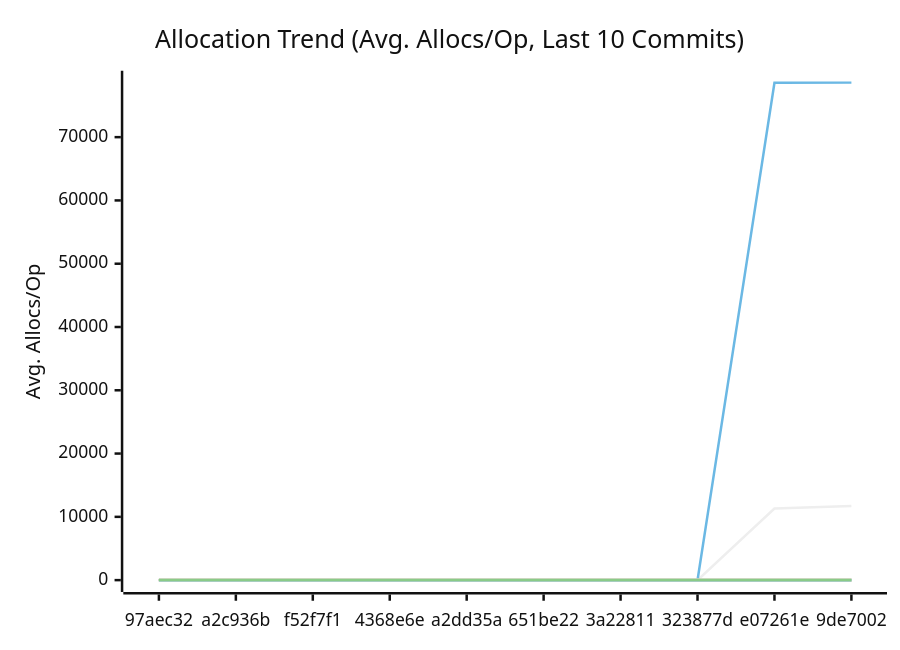
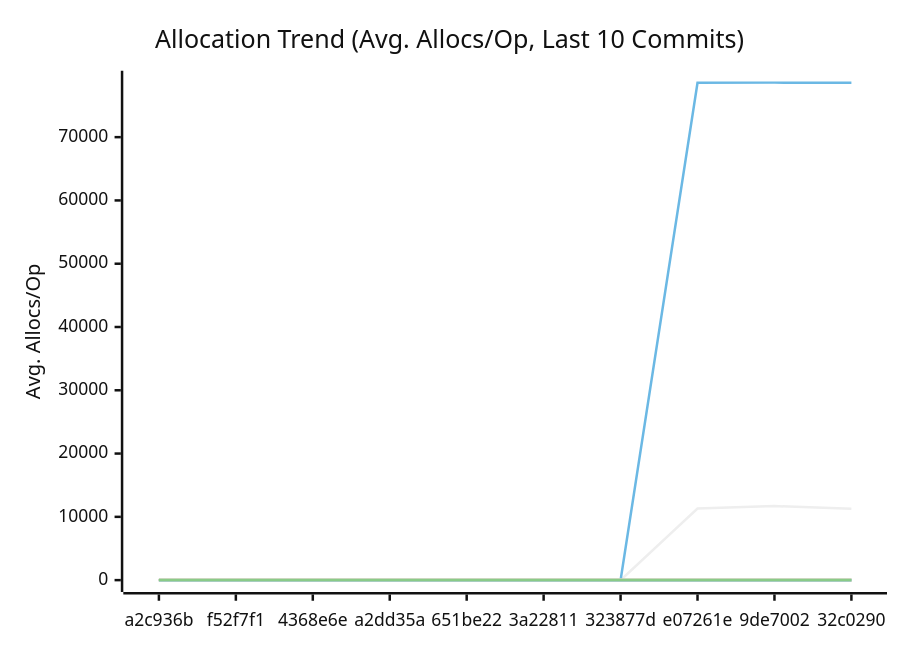
The third of 3 diagrams in docs/PERFORMANCE.md (alsotoes/momo), drawn with Mermaid (neutral theme) before and after one commit. The commit also changed other lines of this file and 10 other files, not shown here.

````diff
--- a/docs/PERFORMANCE.md
+++ b/docs/PERFORMANCE.md
@@ -197,20 +197,20 @@
 ```mermaid
 xychart-beta
     title "Allocation Trend (Avg. Allocs/Op, Last 10 Commits)"
     x-axis "Commit"
     y-axis "Avg. Allocs/Op"
-    x-axis [97aec32,a2c936b,f52f7f1,4368e6e,a2dd35a,651be22,3a22811,323877d,e07261e,9de7002]
-    line "AWSChunkedReaderSigned" [0,0,0,0,0,0,0,0,11316,11705]
-    line "AWSChunkedReaderUnsigned" [0,0,0,0,0,0,0,0,78590,78616]
+    x-axis [a2c936b,f52f7f1,4368e6e,a2dd35a,651be22,3a22811,323877d,e07261e,9de7002,32c0290]
+    line "AWSChunkedReaderSigned" [0,0,0,0,0,0,0,11316,11705,11290]
+    line "AWSChunkedReaderUnsigned" [0,0,0,0,0,0,0,78590,78616,78594]
     line "CheckMetricsAndSwap" [0,0,0,0,0,0,0,0,0,0]
     line "CrushOptimized" [0,0,0,0,0,0,0,0,0,0]
     line "CrushOriginal" [3,3,3,3,3,3,3,3,3,3]
     line "IndexDirectTracking" [0,0,0,0,0,0,0,0,0,0]
     line "IndexSearch" [0,0,0,0,0,0,0,0,0,0]
     line "LoadGlobalConfig" [46,46,46,46,46,46,46,46,46,46]
     line "PadString" [1,1,1,1,1,1,1,1,1,1]
     line "ParseReplicationOrder_NoPrealloc" [6,6,6,6,6,5,5,5,5,5]
     line "ParseReplicationOrder_Prealloc" [2,2,2,2,2,1,1,1,1,1]
     line "SanitizeLog/Safe" [0,0,0,0,0,0,0,0,0,0]
     line "SanitizeLog/Unsafe" [1,1,1,1,1,1,1,1,1,1]
 ```
````
